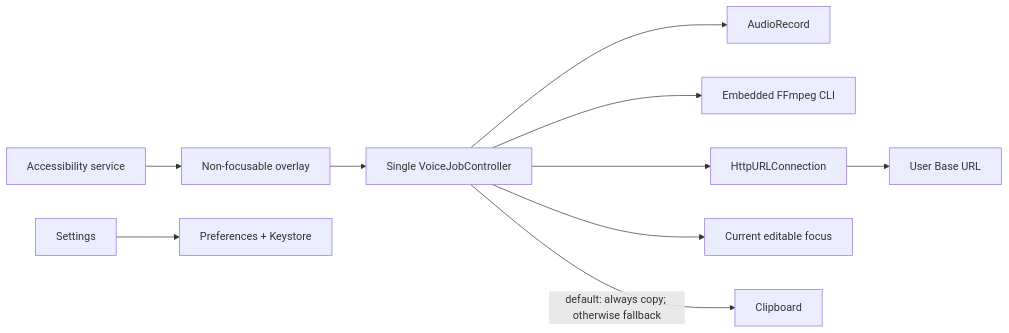
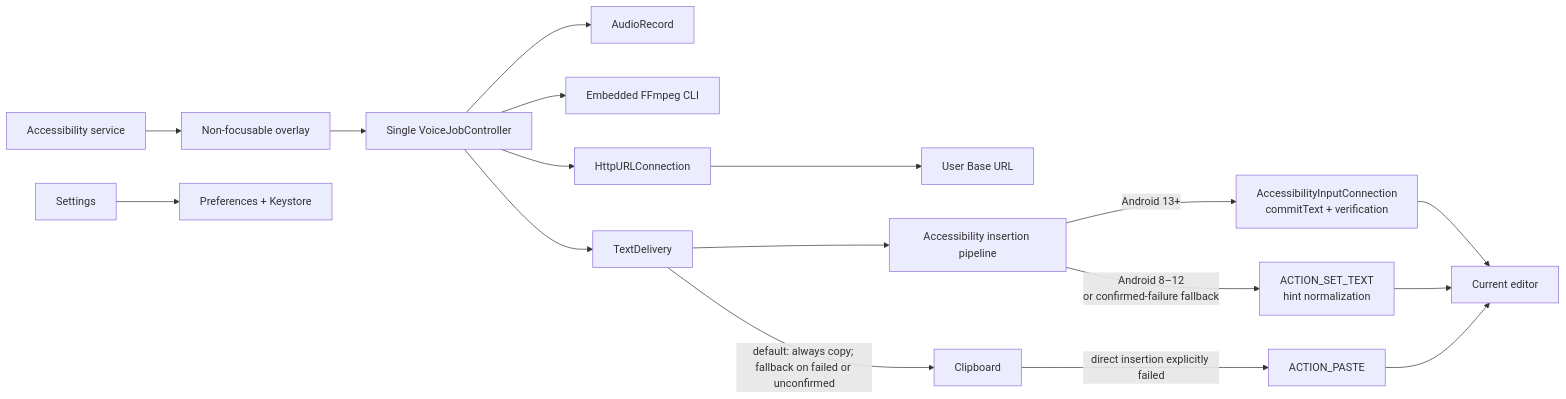
Before and after one commit to Joey-Kot/Dictate: the first of 3 diagrams in README.md, drawn with Mermaid. The commit also changed other lines of this file and 1 other file, not shown here.

````diff
--- a/README.md
+++ b/README.md
@@ -37,12 +39,19 @@
 ```mermaid
 flowchart LR
   A["Accessibility service"] --> B["Non-focusable overlay"]
   B --> C["Single VoiceJobController"]
   C --> D["AudioRecord"]
   C --> E["Embedded FFmpeg CLI"]
   C --> F["HttpURLConnection"]
   F --> G["User Base URL"]
-  C --> H["Current editable focus"]
-  C -->|"default: always copy; otherwise fallback"| I["Clipboard"]
+  C --> T["TextDelivery"]
+  T --> W["Accessibility insertion pipeline"]
+  W -->|"Android 13+"| M["AccessibilityInputConnection<br/>commitText + verification"]
+  W -->|"Android 8–12<br/>or confirmed-failure fallback"| S["ACTION_SET_TEXT<br/>hint normalization"]
+  M --> X["Current editor"]
+  S --> X
+  T -->|"default: always copy; fallback on failed or unconfirmed"| I["Clipboard"]
+  I -->|"direct insertion explicitly failed"| P["ACTION_PASTE"]
+  P --> X
   J["Settings"] --> K["Preferences + Keystore"]
 ```
````
